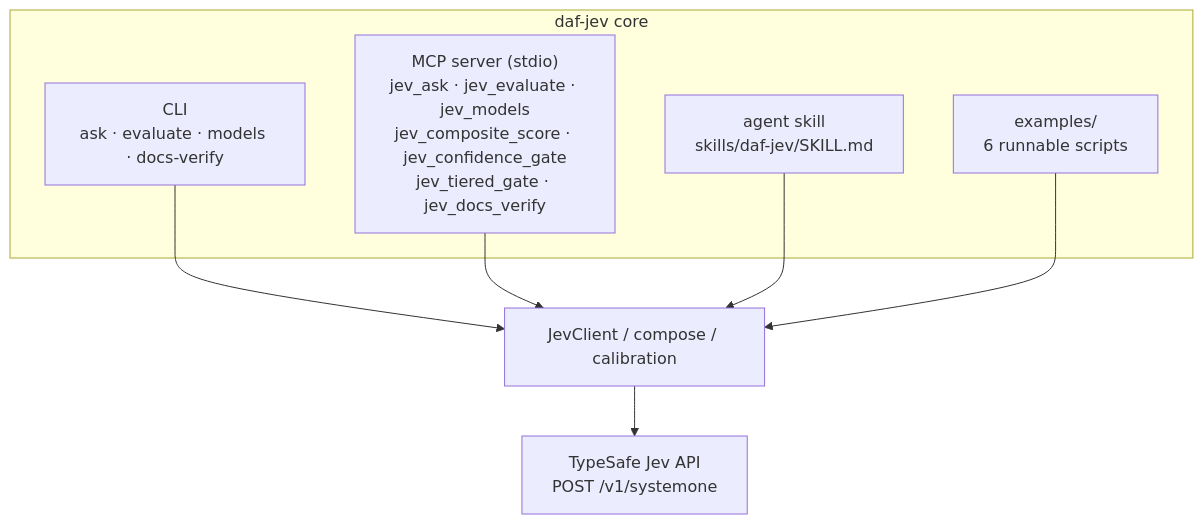
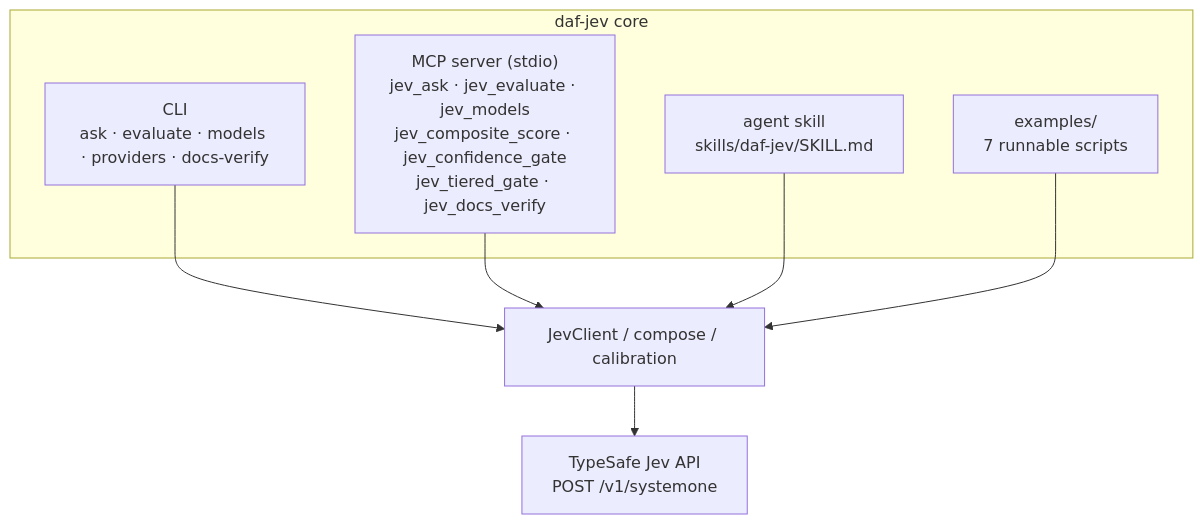
One commit to docxology/daf-jev changed the third of 3 diagrams in README.md. Above: the diagram before and after it, drawn with Mermaid. The commit also changed other lines of this file and 27 other files, not shown here.

````diff
--- a/README.md
+++ b/README.md
@@ -313,14 +324,14 @@
 ```mermaid
 flowchart TB
     subgraph CORE["daf-jev core"]
-        CLI["CLI<br/>ask · evaluate · models · docs-verify"]
+        CLI["CLI<br/>ask · evaluate · models · providers · docs-verify"]
         MCP["MCP server (stdio)<br/>jev_ask · jev_evaluate · jev_models<br/>jev_composite_score · jev_confidence_gate<br/>jev_tiered_gate · jev_docs_verify"]
         SKILL["agent skill<br/>skills/daf-jev/SKILL.md"]
-        EX["examples/<br/>6 runnable scripts"]
+        EX["examples/<br/>7 runnable scripts"]
     end
     CLI --> K["JevClient / compose / calibration"]
     MCP --> K
     SKILL --> K
     EX --> K
     K --> API["TypeSafe Jev API<br/>POST /v1/systemone"]
 ```
````
